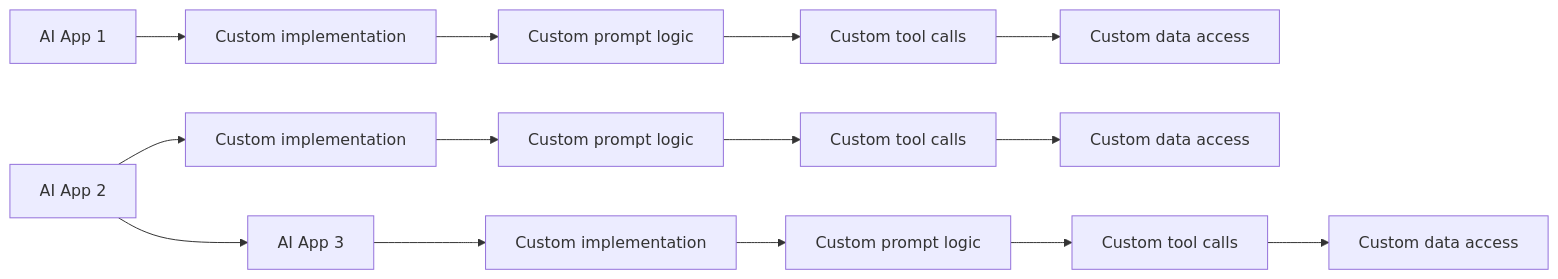
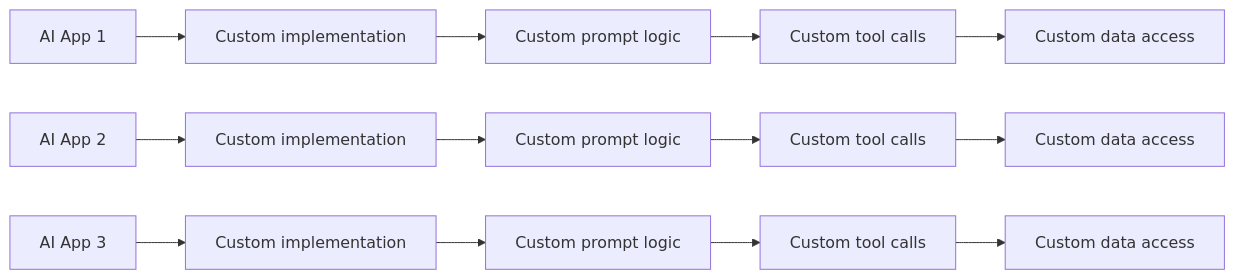
The first of 2 diagrams in lessons/1_why_mcp.md (davila7/deeplearning-mcp), drawn with Mermaid before and after one commit. The commit also changed other lines of this file, not shown here.

Commit message:
add mermaid diagram to illustrate MCP's impact on AI development

````diff
--- a/lessons/1_why_mcp.md
+++ b/lessons/1_why_mcp.md
@@ -20,14 +20,12 @@
 ```mermaid
 graph LR
     %% AI App 1
     App1[AI App 1] --> A1[Custom implementation] --> B1[Custom prompt logic] --> C1[Custom tool calls] --> D1[Custom data access]
 
     %% AI App 2
     App2[AI App 2] --> A2[Custom implementation] --> B2[Custom prompt logic] --> C2[Custom tool calls] --> D2[Custom data access]
 
     %% AI App 3
     App3[AI App 3] --> A3[Custom implementation] --> B3[Custom prompt logic] --> C3[Custom tool calls] --> D3[Custom data access]
 
-    %% For spacing and alignment
-    App2 -->| | App3
 ```
````
